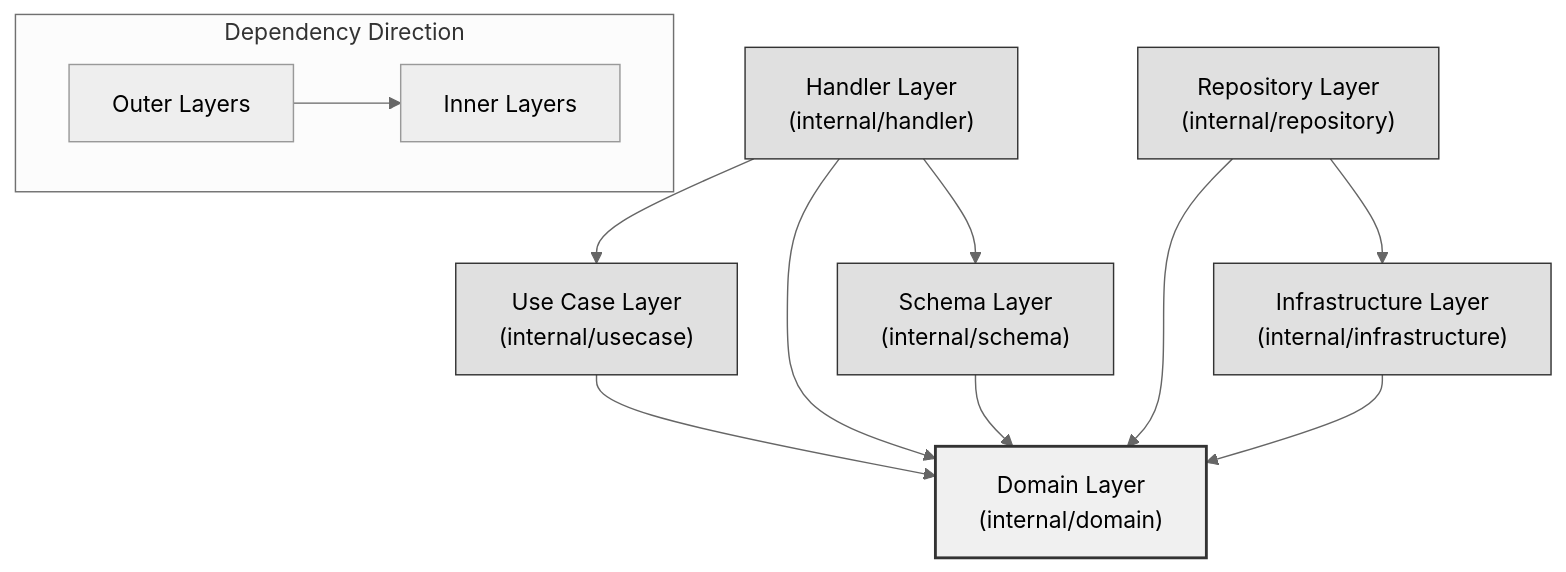
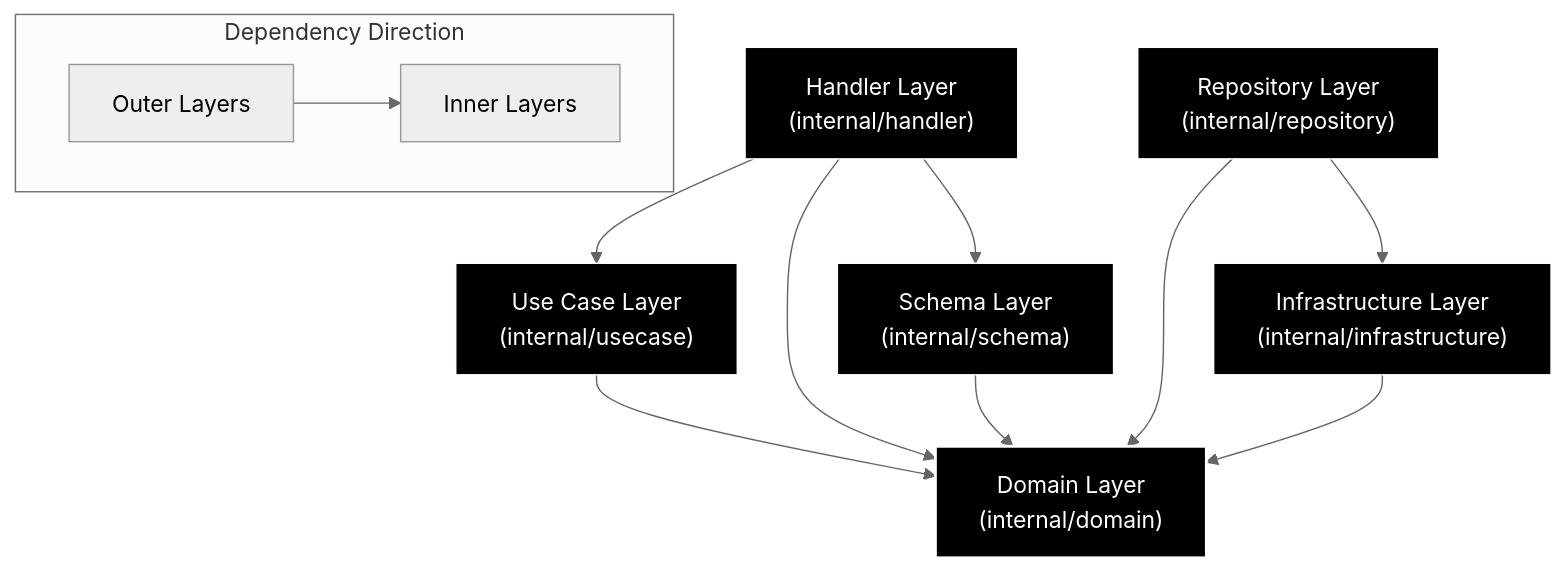
Before and after one commit to ohta-rh/go-backend-boilerplate: the sixth of 6 diagrams in README.md, drawn with Mermaid (neutral theme). The commit also changed other lines of this file, not shown here.

````diff
--- a/README.md
+++ b/README.md
@@ -297,29 +297,29 @@
 ```mermaid
 flowchart TD
     subgraph "Dependency Direction"
         direction LR
         Outer["Outer Layers"] --> Inner["Inner Layers"]
     end
     
     Domain["Domain Layer<br/>(internal/domain)"]
     UseCase["Use Case Layer<br/>(internal/usecase)"]
     Handler["Handler Layer<br/>(internal/handler)"]
     Repository["Repository Layer<br/>(internal/repository)"]
     Infrastructure["Infrastructure Layer<br/>(internal/infrastructure)"]
     Schema["Schema Layer<br/>(internal/schema)"]
     
     Handler --> UseCase
     Handler --> Domain
     Handler --> Schema
     UseCase --> Domain
     Repository --> Domain
     Repository --> Infrastructure
     Infrastructure --> Domain
     Schema --> Domain
     
-    classDef core fill:#f0f0f0,stroke:#333,stroke-width:2px;
-    classDef outer fill:#e0e0e0,stroke:#333,stroke-width:1px;
+    classDef core fill:#000000,stroke:#ffffff,stroke-width:2px,color:#ffffff;
+    classDef outer fill:#000000,stroke:#ffffff,stroke-width:1px,color:#ffffff;
     
     class Domain core;
     class UseCase,Handler,Repository,Infrastructure,Schema outer;
 ```
````
